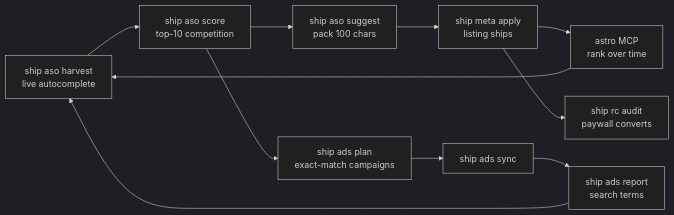
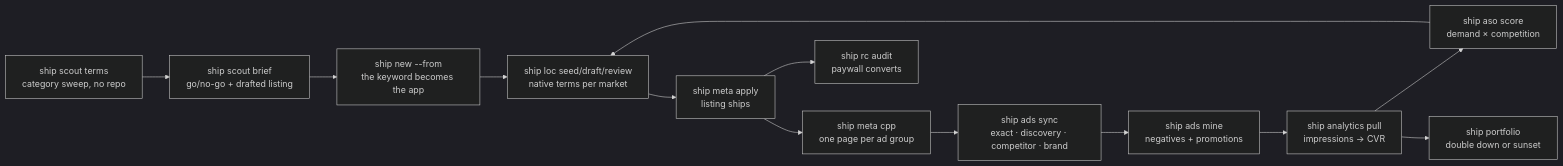
One commit to orangutanger1/shipkit changed the diagram in README.md. Above: the diagram before and after it, drawn with Mermaid (dark theme). The commit also changed other lines of this file and 50 other files, not shown here.

First line of the commit message:
shipkit: ads, ASO scoring, analytics, price and portfolio commands

````diff
--- a/README.md
+++ b/README.md
@@ -123,12 +154,15 @@
 ```mermaid
 graph LR
-  H[ship aso harvest<br/>live autocomplete] --> S[ship aso score<br/>top-10 competition]
-  S --> G[ship aso suggest<br/>pack 100 chars]
-  G --> M[ship meta apply<br/>listing ships]
-  M --> R[astro MCP<br/>rank over time]
-  R --> H
-  S --> P[ship ads plan<br/>exact-match campaigns]
-  P --> Y[ship ads sync]
-  Y --> T[ship ads report<br/>search terms] --> H
+  SC[ship scout terms<br/>category sweep, no repo] --> BR[ship scout brief<br/>go/no-go + drafted listing]
+  BR --> NEW[ship new --from<br/>the keyword becomes the app]
+  NEW --> LOC[ship loc seed/draft/review<br/>native terms per market]
+  LOC --> M[ship meta apply<br/>listing ships]
+  M --> CPP[ship meta cpp<br/>one page per ad group]
+  CPP --> ADS[ship ads sync<br/>exact · discovery · competitor · brand]
+  ADS --> MINE[ship ads mine<br/>negatives + promotions]
+  MINE --> AN[ship analytics pull<br/>impressions → CVR]
+  AN --> V[ship aso score<br/>demand × competition]
+  V --> LOC
   M --> RC[ship rc audit<br/>paywall converts]
+  AN --> PORT[ship portfolio<br/>double down or sunset]
 ```
````
